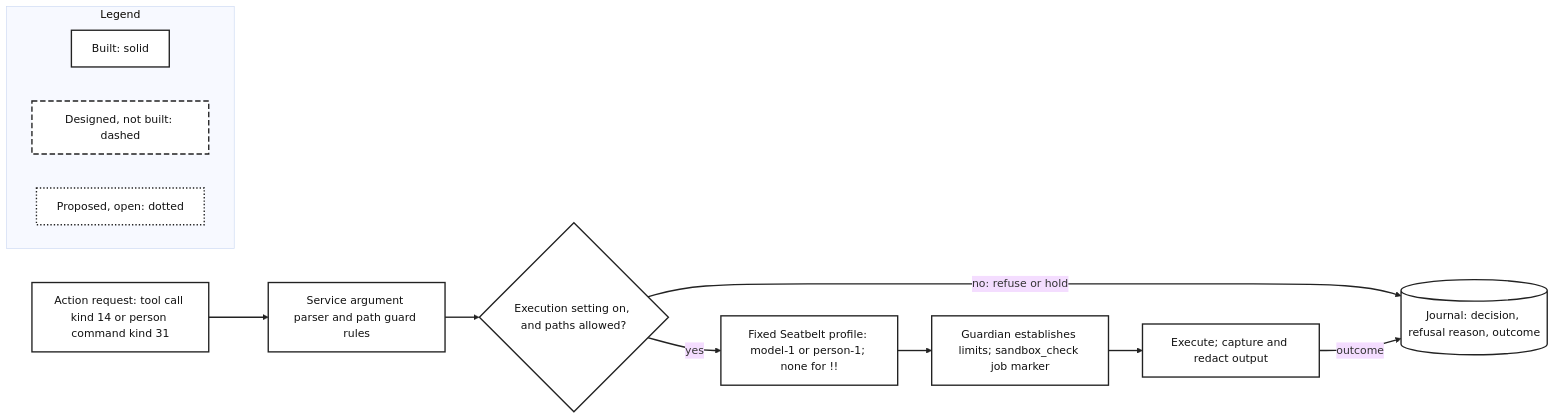
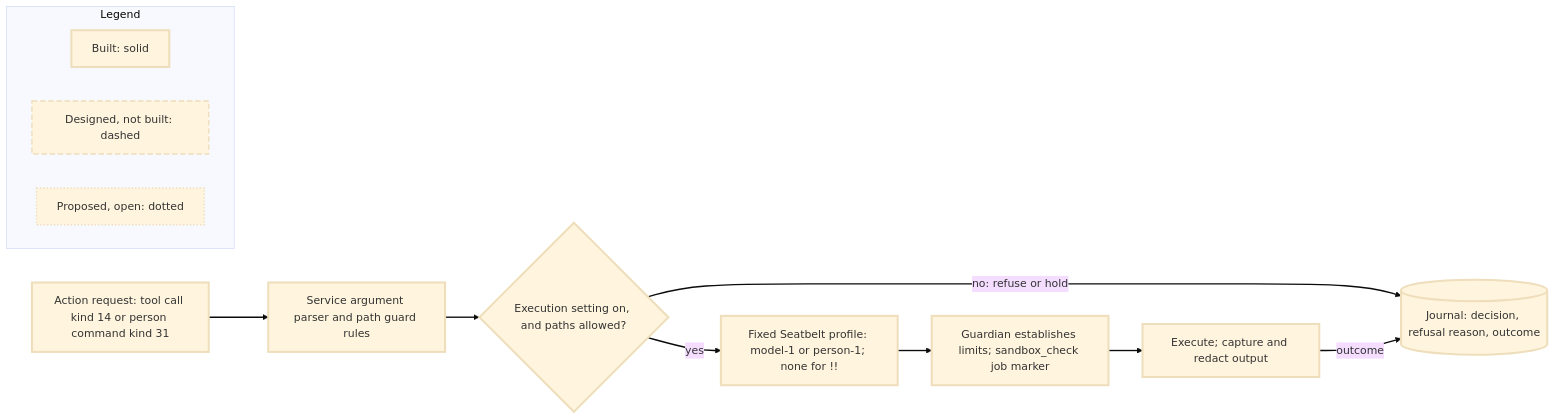
The fourth of 7 diagrams in docs/designs/architecture-overview.md (pidster/asura), drawn with Mermaid (base theme) before and after one commit. The commit also changed other lines of this file, not shown here.

First line of the commit message:
Let the overview diagrams follow the viewer's theme: no colours set

````diff
--- a/docs/designs/architecture-overview.md
+++ b/docs/designs/architecture-overview.md
@@ -328,27 +328,27 @@
 ```mermaid
 flowchart LR
     Req["Action request: tool call kind 14 or person command kind 31"]:::built
     Arg["Service argument parser and path guard rules"]:::built
     Set{"Execution setting on, and paths allowed?"}:::built
     Fixed["Fixed Seatbelt profile: model-1 or person-1; none for !!"]:::built
     Est["Guardian establishes limits; sandbox_check job marker"]:::built
     Run["Execute; capture and redact output"]:::built
     Jn[("Journal: decision, refusal reason, outcome")]:::built
     Req --> Arg
     Arg --> Set
     Set -->|"yes"| Fixed
     Set -->|"no: refuse or hold"| Jn
     Fixed --> Est
     Est --> Run
     Run -->|"outcome"| Jn
     subgraph Legend["Legend"]
         direction LR
         LB["Built: solid"]:::built
         LD["Designed, not built: dashed"]:::designed
         LP["Proposed, open: dotted"]:::proposed
     end
-    classDef built fill:#ffffff,stroke:#222222,stroke-width:2px,color:#111111
-    classDef designed fill:#ffffff,stroke:#222222,stroke-width:2px,stroke-dasharray:8 4,color:#111111
-    classDef proposed fill:#ffffff,stroke:#222222,stroke-width:2px,stroke-dasharray:2 3,color:#111111
-    linkStyle 0,1,2,3,4,5,6 stroke:#222222,stroke-width:2px
+    classDef built stroke-width:3px
+    classDef designed stroke-width:2px,stroke-dasharray:8 4
+    classDef proposed stroke-width:2px,stroke-dasharray:2 3
+    linkStyle 0,1,2,3,4,5,6 stroke-width:2px
 ```
````
